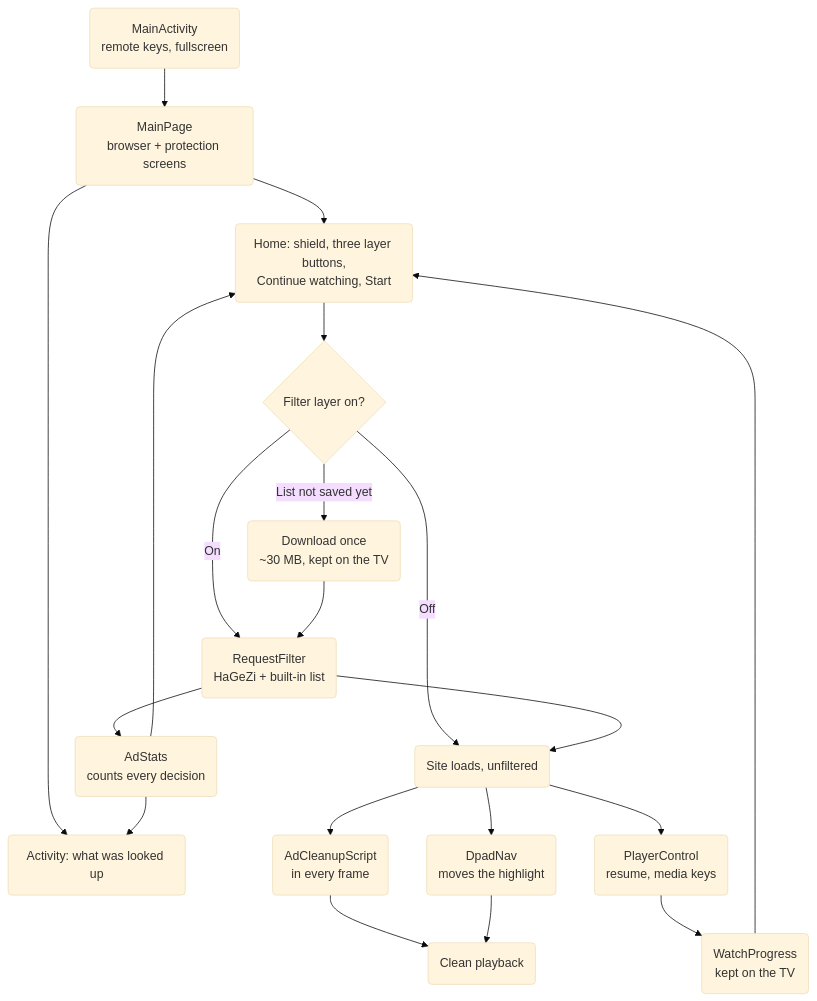
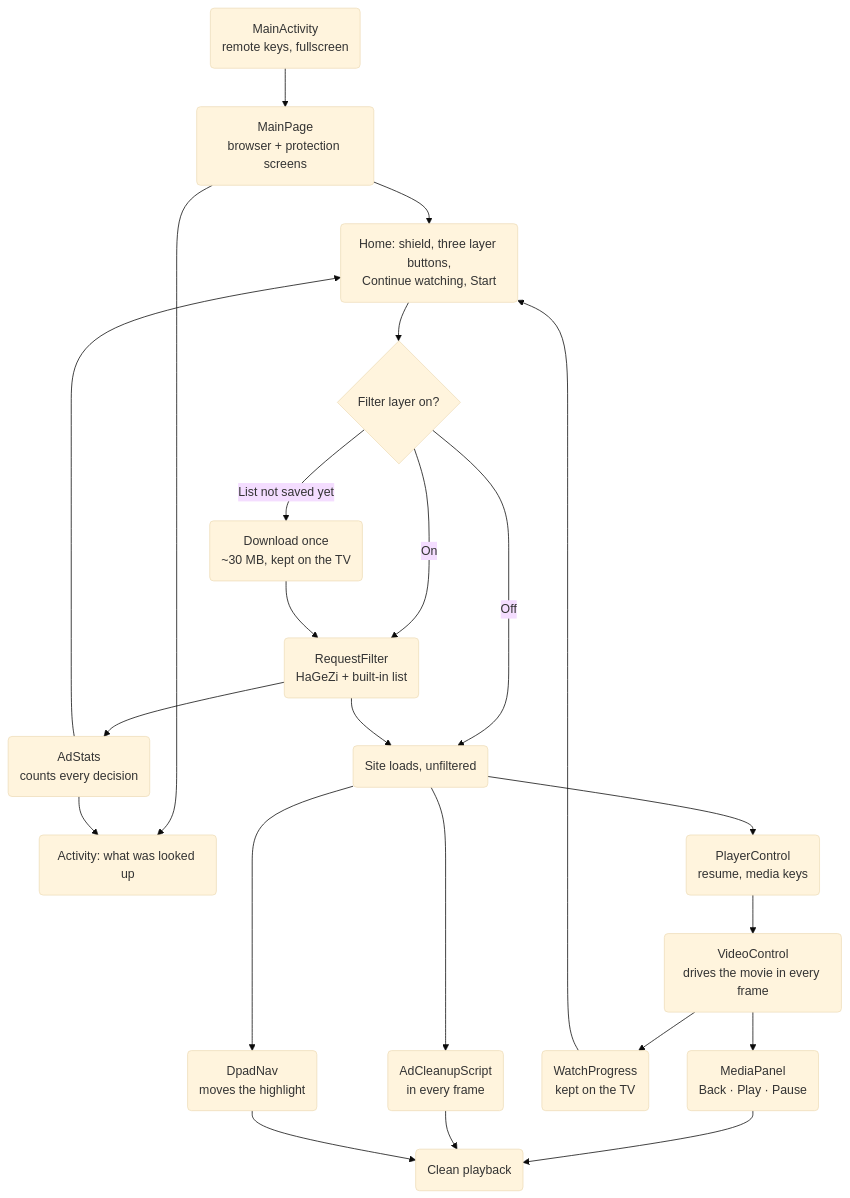
One commit to User07x07/Un0Tv changed the diagram in README.md. Above: the diagram before and after it, drawn with Mermaid (base theme). The commit also changed other lines of this file and 272 other files, not shown here.

````diff
--- a/README.md
+++ b/README.md
@@ -58,22 +59,25 @@
 ```mermaid
 flowchart TD
     A("MainActivity<br/>remote keys, fullscreen") --> B("MainPage<br/>browser + protection screens")
     B --> H("Home: shield, three layer buttons,<br/>Continue watching, Start")
     B --> L("Activity: what was looked up")
     H --> C{"Filter layer on?"}
     C -->|"Off"| E("Site loads, unfiltered")
     C -->|"On"| F("RequestFilter<br/>HaGeZi + built-in list")
     C -->|"List not saved yet"| D("Download once<br/>~30 MB, kept on the TV")
     D --> F
     F --> S("AdStats<br/>counts every decision")
     S --> H
     S --> L
     F --> E
     E --> G("AdCleanupScript<br/>in every frame")
     E --> N("DpadNav<br/>moves the highlight")
     E --> P("PlayerControl<br/>resume, media keys")
-    P --> Q("WatchProgress<br/>kept on the TV")
+    P --> V("VideoControl<br/>drives the movie in every frame")
+    V --> Q("WatchProgress<br/>kept on the TV")
     Q --> H
+    V --> N2("MediaPanel<br/>Back · Play · Pause")
+    N2 --> I
     G --> I("Clean playback")
     N --> I
 ```
````
